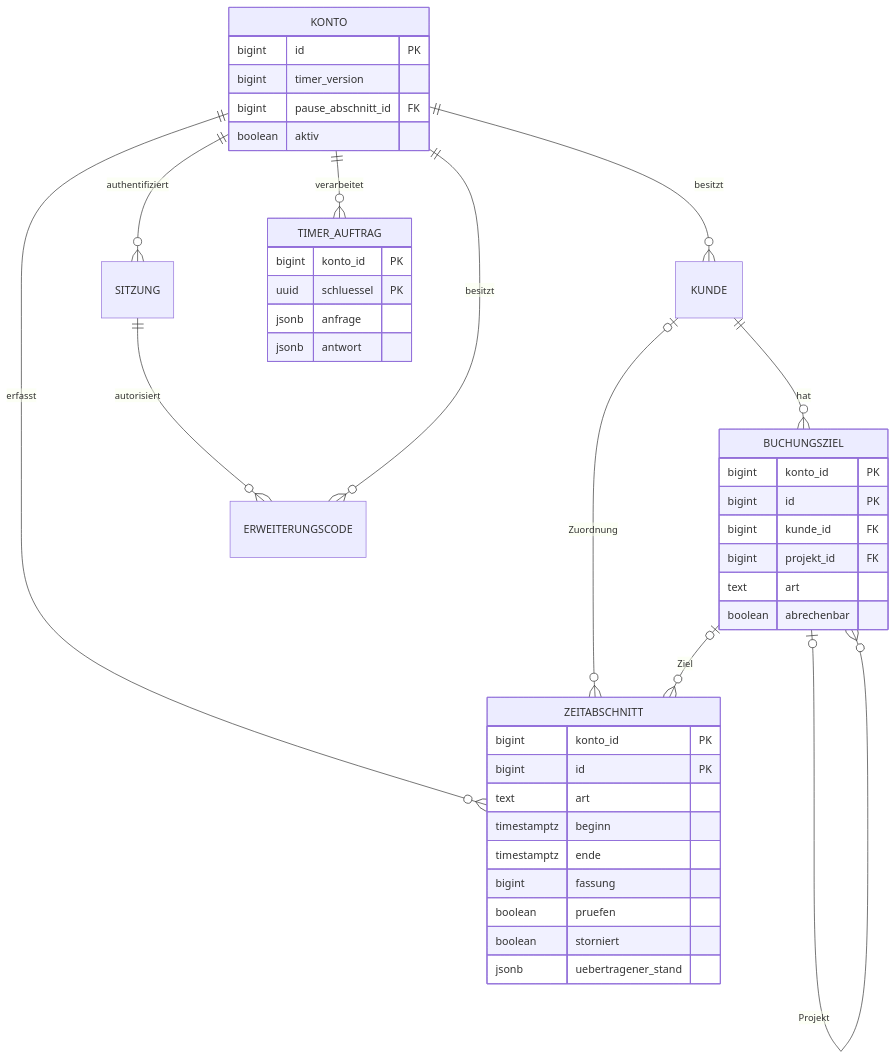
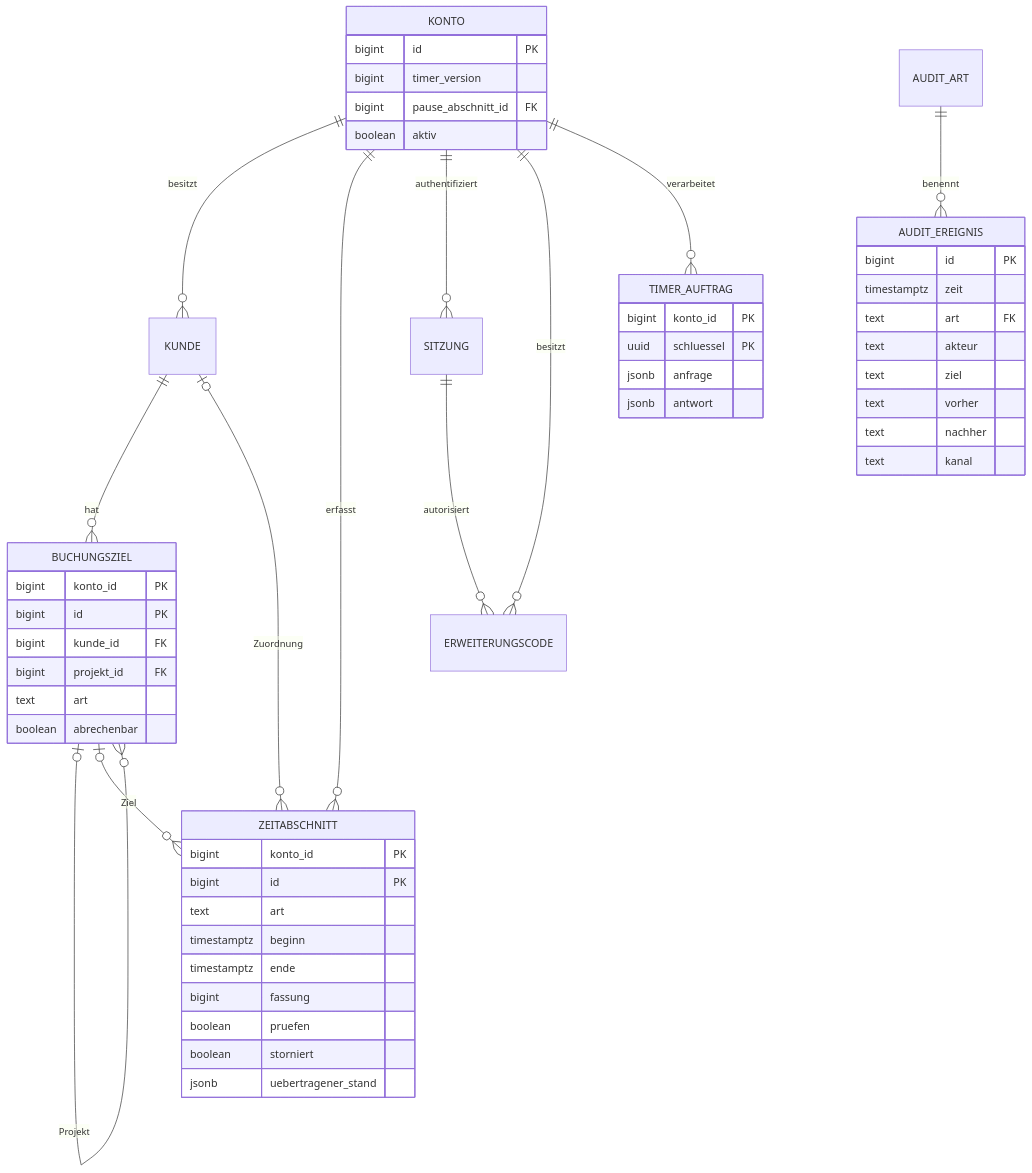
Before and after one commit to larsborgwardt/timereal: the diagram in DATENMODELL.md, drawn with Mermaid. The commit also changed other lines of this file and 36 other files, not shown here.

````diff
--- a/DATENMODELL.md
+++ b/DATENMODELL.md
@@ -5,44 +5,55 @@
 ```mermaid
 erDiagram
   KONTO ||--o{ KUNDE : besitzt
   KUNDE ||--o{ BUCHUNGSZIEL : hat
   BUCHUNGSZIEL o|--o{ BUCHUNGSZIEL : Projekt
   KONTO ||--o{ ZEITABSCHNITT : erfasst
   KUNDE o|--o{ ZEITABSCHNITT : Zuordnung
   BUCHUNGSZIEL o|--o{ ZEITABSCHNITT : Ziel
   KONTO ||--o{ SITZUNG : authentifiziert
   SITZUNG ||--o{ ERWEITERUNGSCODE : autorisiert
   KONTO ||--o{ ERWEITERUNGSCODE : besitzt
   KONTO ||--o{ TIMER_AUFTRAG : verarbeitet
+  AUDIT_ART ||--o{ AUDIT_EREIGNIS : benennt
+  AUDIT_EREIGNIS {
+    bigint id PK
+    timestamptz zeit
+    text art FK
+    text akteur
+    text ziel
+    text vorher
+    text nachher
+    text kanal
+  }
   KONTO {
     bigint id PK
     bigint timer_version
     bigint pause_abschnitt_id FK
     boolean aktiv
   }
   BUCHUNGSZIEL {
     bigint konto_id PK
     bigint id PK
     bigint kunde_id FK
     bigint projekt_id FK
     text art
     boolean abrechenbar
   }
   ZEITABSCHNITT {
     bigint konto_id PK
     bigint id PK
     text art
     timestamptz beginn
     timestamptz ende
     bigint fassung
     boolean pruefen
     boolean storniert
     jsonb uebertragener_stand
   }
   TIMER_AUFTRAG {
     bigint konto_id PK
     uuid schluessel PK
     jsonb anfrage
     jsonb antwort
   }
 ```
````
